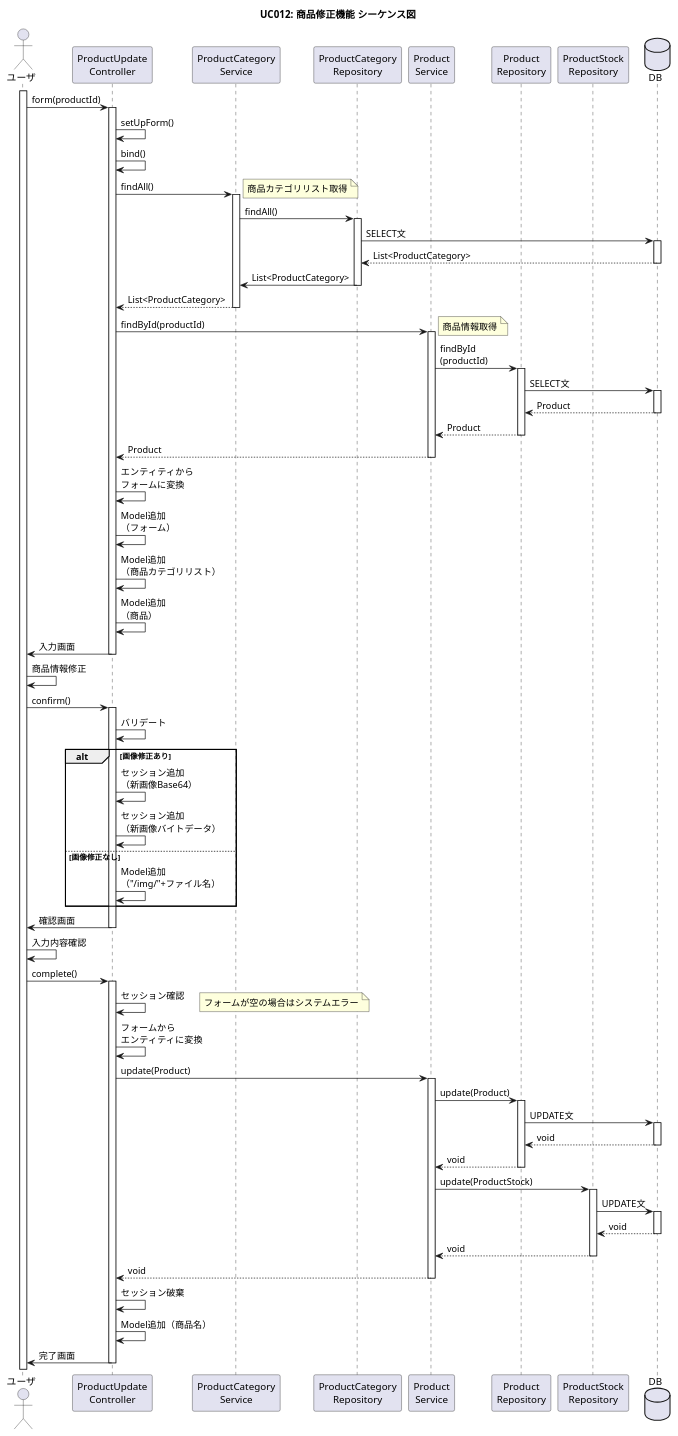
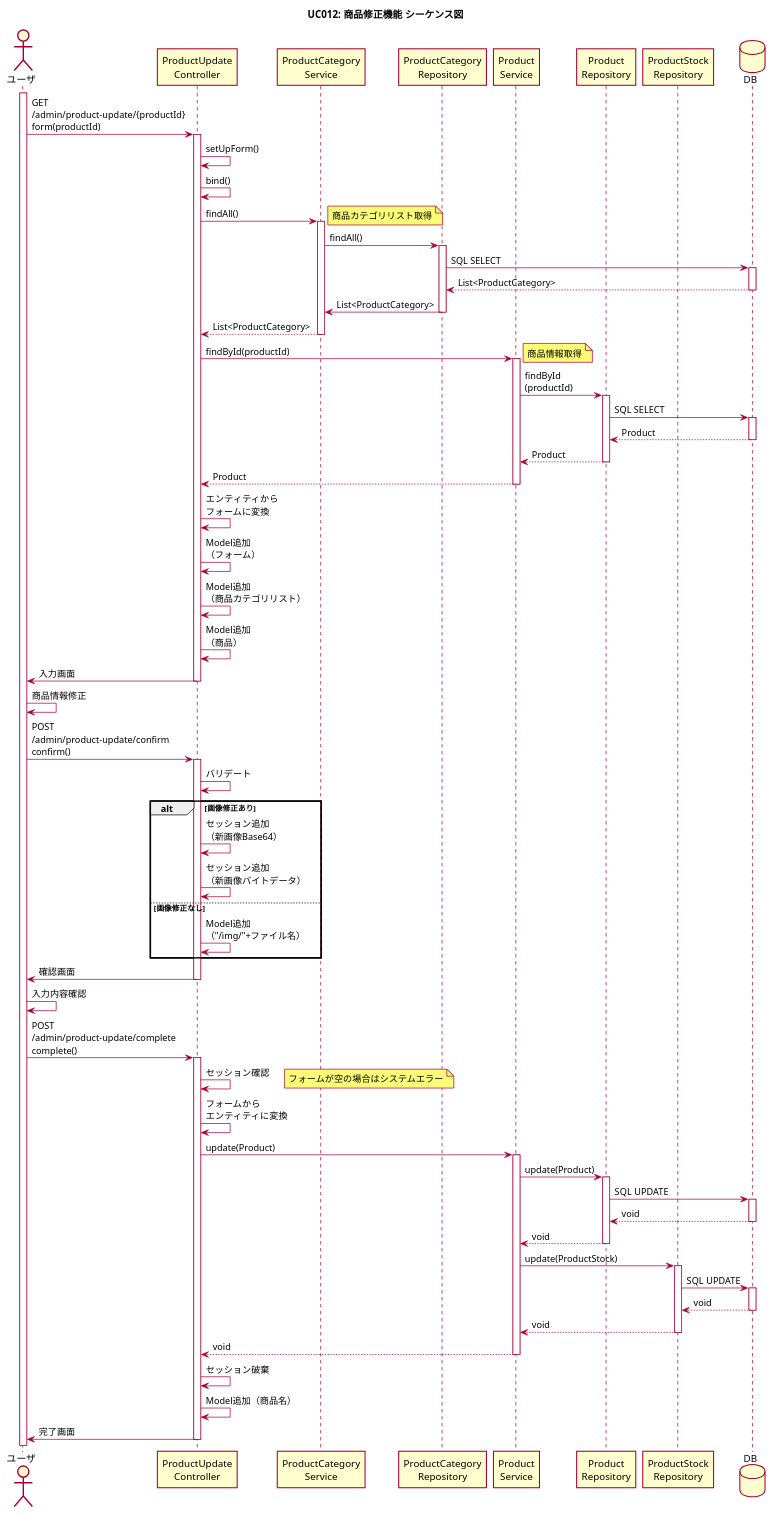
Before and after one commit to imagepit/fullness-ec: the diagram in plan/diagram/sequence/uc012_product_update.puml, drawn with PlantUML. The commit also changed 30 other files, not shown here.

```diff
--- a/plan/diagram/sequence/uc012_product_update.puml
+++ b/plan/diagram/sequence/uc012_product_update.puml
@@ -1,71 +1,72 @@
 @startuml
 
+skin rose
 title UC012: 商品修正機能 シーケンス図
 skinparam shadowing false
 actor "ユーザ" as user
 activate user
 participant "ProductUpdate\nController" as ctrl
 participant "ProductCategory\nService" as svc1
 participant "ProductCategory\nRepository" as repo1
 participant "Product\nService" as svc2
 participant "Product\nRepository" as repo2
 participant "ProductStock\nRepository" as repo3
 database DB as db
 
 ' 入力画面
-user -> ctrl ++ : form(productId)
+user -> ctrl ++ : GET\n/admin/product-update/{productId}\nform(productId)
 ctrl -> ctrl : setUpForm()
 ctrl -> ctrl : bind()
 ctrl -> svc1 ++ : findAll()
 note right: 商品カテゴリリスト取得
 svc1 -> repo1 ++ : findAll()
-repo1 -> db ++ : SELECT文
+repo1 -> db ++ : SQL SELECT
 db --> repo1 -- : List<ProductCategory>
 repo1 -> svc1 -- : List<ProductCategory>
 svc1 --> ctrl -- : List<ProductCategory>
 ctrl -> svc2 ++ : findById(productId)
 note right: 商品情報取得
 svc2 -> repo2 ++ : findById\n(productId)
-repo2 -> db ++ : SELECT文
+repo2 -> db ++ : SQL SELECT
 db --> repo2 -- : Product
 repo2 --> svc2 -- : Product
 svc2 --> ctrl -- : Product
 ctrl -> ctrl : エンティティから\nフォームに変換
 ctrl -> ctrl : Model追加\n（フォーム）
 ctrl -> ctrl : Model追加\n（商品カテゴリリスト）
 ctrl -> ctrl : Model追加\n（商品）
 ctrl -> user -- : 入力画面
 
 ' 確認画面
 user -> user : 商品情報修正
-user -> ctrl ++ : confirm()
+user -> ctrl ++ : POST\n/admin/product-update/confirm\nconfirm()
 ctrl -> ctrl : バリデート
 alt 画像修正あり
     ctrl -> ctrl : セッション追加\n（新画像Base64）
     ctrl -> ctrl : セッション追加\n（新画像バイトデータ）
 else 画像修正なし
     ctrl -> ctrl : Model追加\n（"/img/"+ファイル名）
 end
 ctrl -> user -- : 確認画面
 
 ' 完了画面
 user -> user : 入力内容確認
-user -> ctrl ++ : complete()
+user -> ctrl ++ : POST\n/admin/product-update/complete\ncomplete()
 ctrl -> ctrl : セッション確認
 note right: フォームが空の場合はシステムエラー
 ctrl -> ctrl : フォームから\nエンティティに変換
 ctrl -> svc2 ++ : update(Product)
 svc2 -> repo2 ++ : update(Product)
-repo2 -> db ++ : UPDATE文
+repo2 -> db ++ : SQL UPDATE
 db --> repo2 -- : void
 repo2 --> svc2 -- : void
 svc2 -> repo3 ++ : update(ProductStock)
-repo3 -> db ++ : UPDATE文
+repo3 -> db ++ : SQL UPDATE
 db --> repo3 -- : void
 repo3 --> svc2 -- : void
 svc2 --> ctrl -- : void
 ctrl -> ctrl : セッション破棄
 ctrl -> ctrl : Model追加（商品名）
 ctrl -> user -- : 完了画面
 
 @enduml
```
